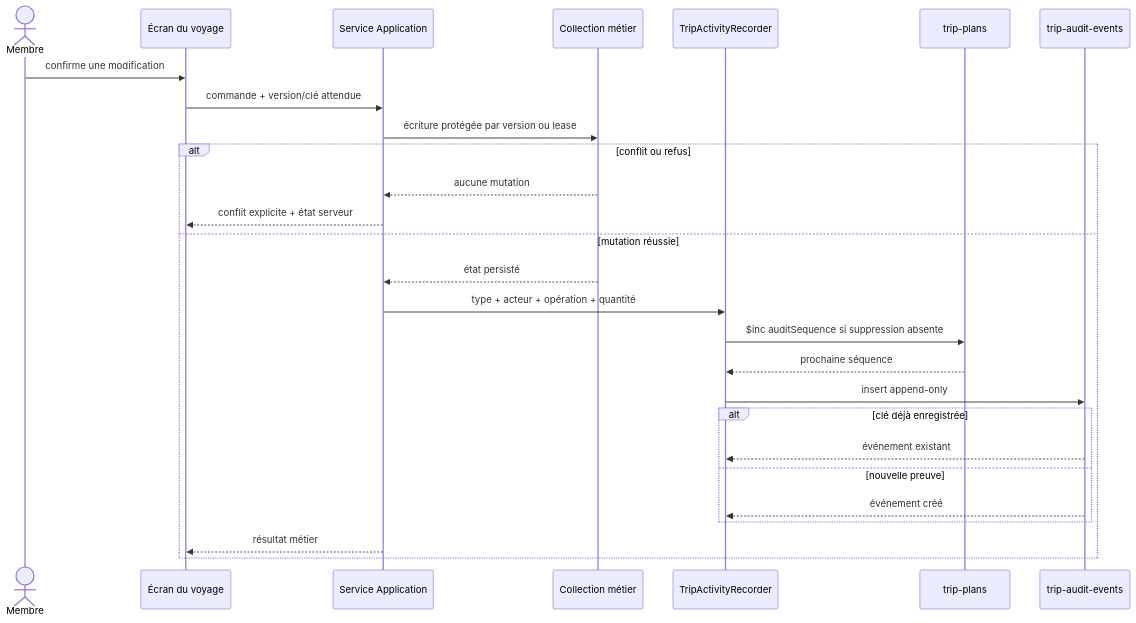
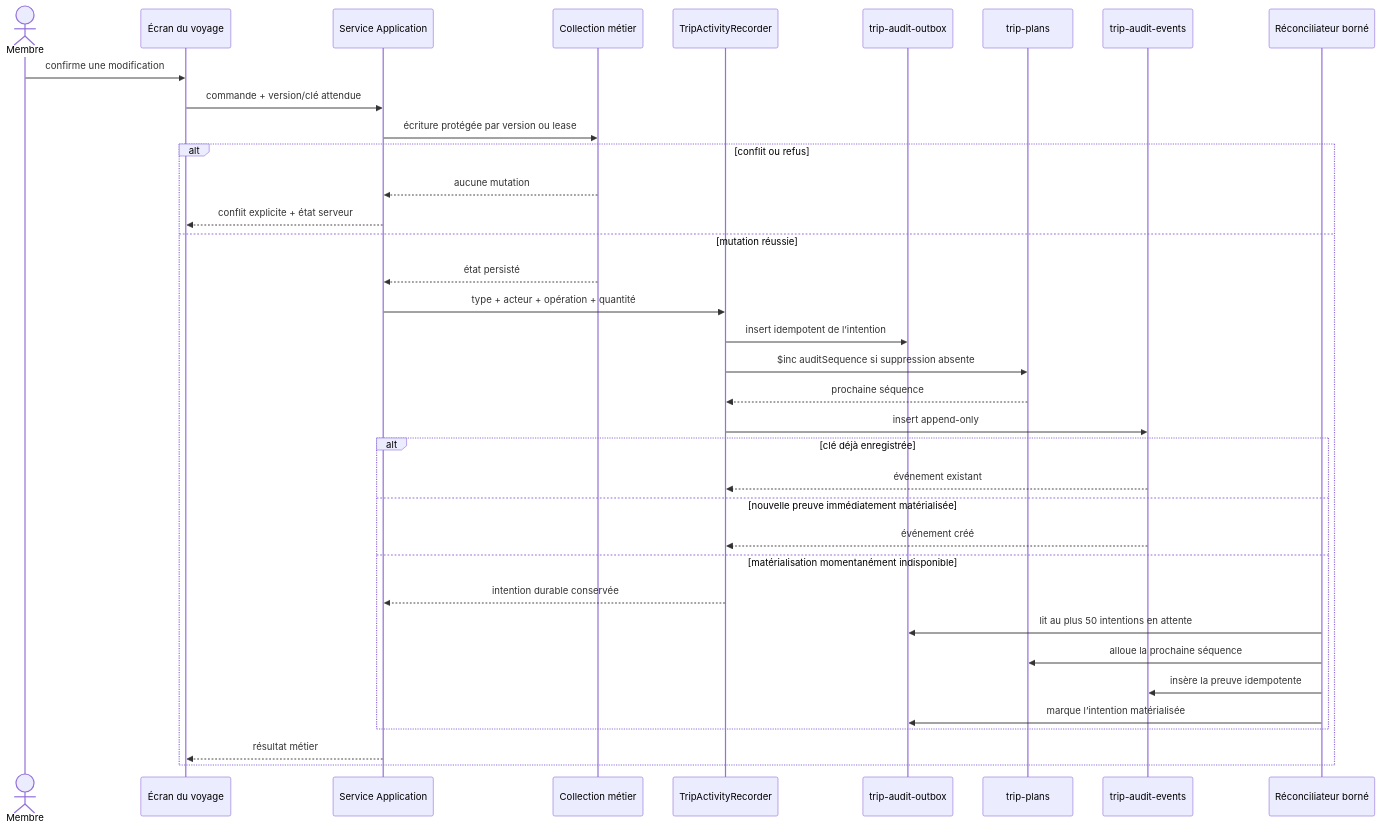
Before and after one commit to Ced59/AmusementParkProject: the third of 4 diagrams in docs/architecture/product-growth-trip-10-audit-concurrency-2026-09-18.md, drawn with Mermaid. The commit also changed other lines of this file and 20 other files, not shown here.

````diff
--- a/docs/architecture/product-growth-trip-10-audit-concurrency-2026-09-18.md
+++ b/docs/architecture/product-growth-trip-10-audit-concurrency-2026-09-18.md
@@ -157,30 +196,39 @@
 ```mermaid
 sequenceDiagram
     actor M as Membre
     participant UI as Écran du voyage
     participant A as Service Application
     participant B as Collection métier
     participant R as TripActivityRecorder
+    participant O as trip-audit-outbox
     participant P as trip-plans
     participant J as trip-audit-events
+    participant BG as Réconciliateur borné
 
     M->>UI: confirme une modification
     UI->>A: commande + version/clé attendue
     A->>B: écriture protégée par version ou lease
     alt conflit ou refus
       B-->>A: aucune mutation
       A-->>UI: conflit explicite + état serveur
     else mutation réussie
       B-->>A: état persisté
       A->>R: type + acteur + opération + quantité
+      R->>O: insert idempotent de l’intention
       R->>P: $inc auditSequence si suppression absente
       P-->>R: prochaine séquence
       R->>J: insert append-only
       alt clé déjà enregistrée
         J-->>R: événement existant
-      else nouvelle preuve
+      else nouvelle preuve immédiatement matérialisée
         J-->>R: événement créé
+      else matérialisation momentanément indisponible
+        R-->>A: intention durable conservée
+        BG->>O: lit au plus 50 intentions en attente
+        BG->>P: alloue la prochaine séquence
+        BG->>J: insère la preuve idempotente
+        BG->>O: marque l’intention matérialisée
       end
       A-->>UI: résultat métier
     end
 ```
````
